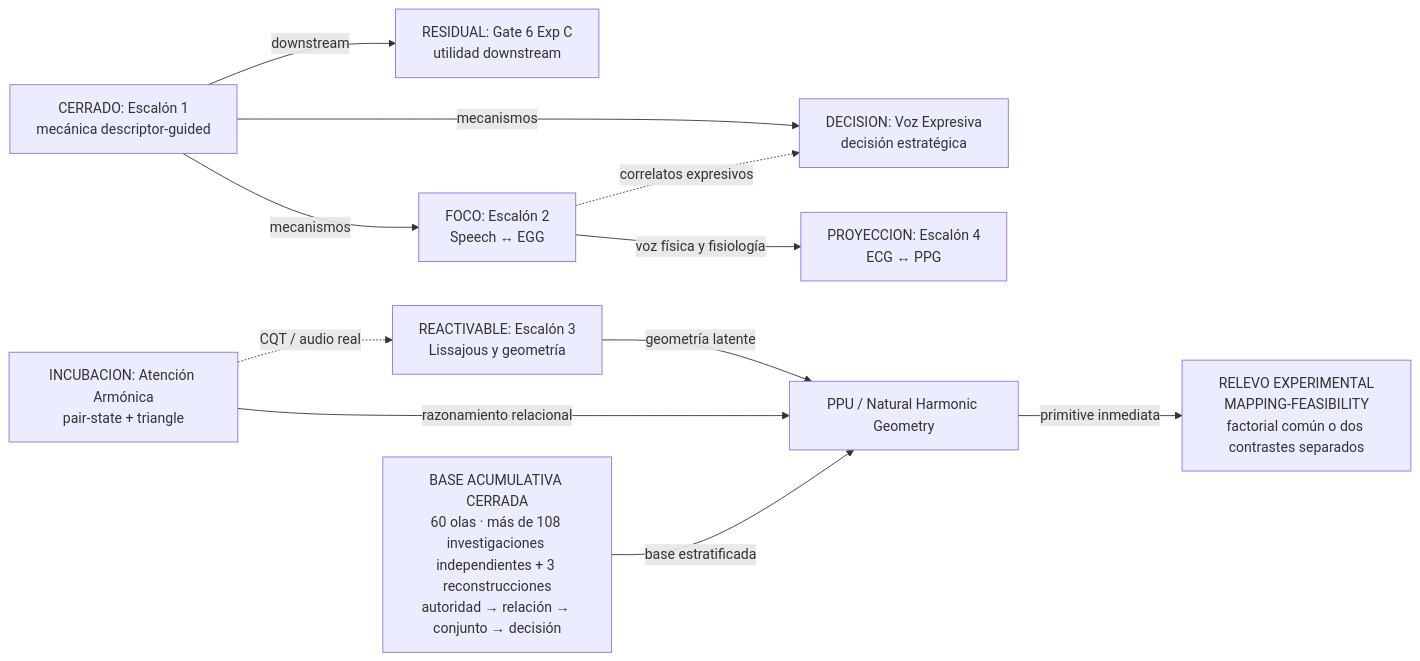
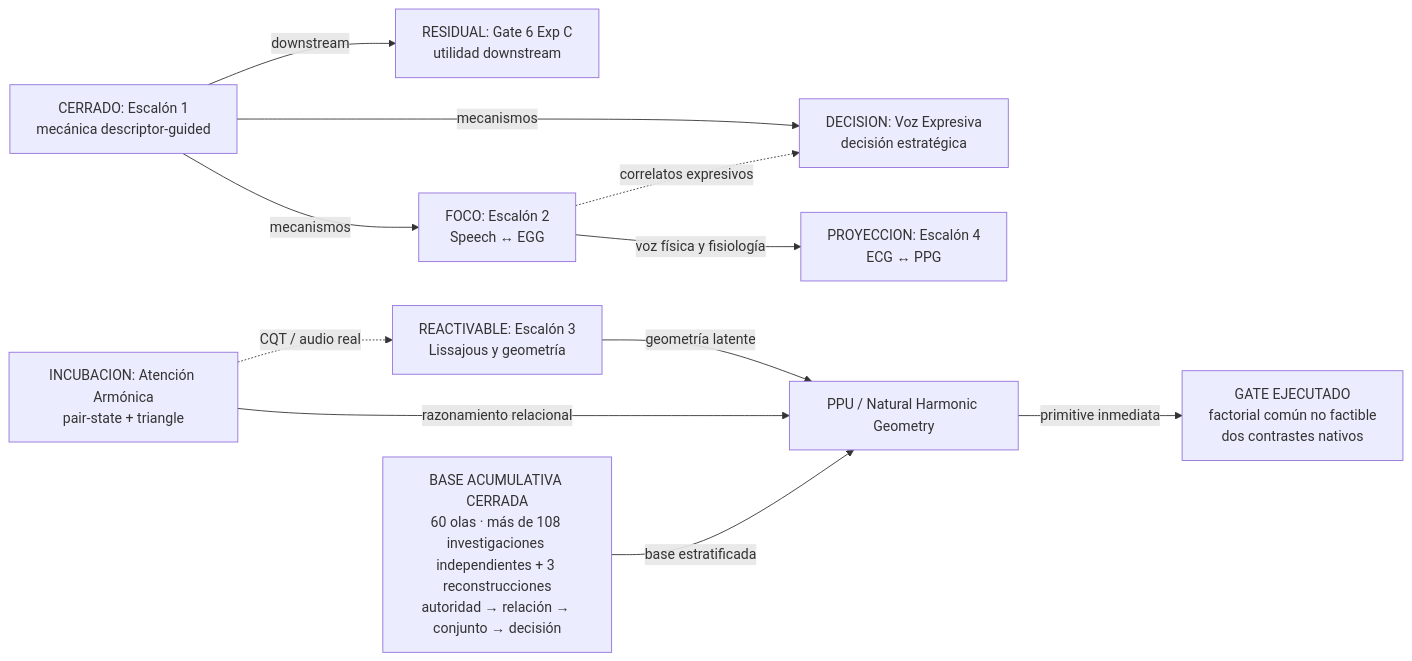
One commit to Mar-IA-no/Phideus changed the first of 2 diagrams in Documents/05_WIKI/MAPA_VISUAL_DEL_PROGRAMA.md. Above: the diagram before and after it, drawn with Mermaid. The commit also changed other lines of this file and 19 other files, not shown here.

````diff
--- a/Documents/05_WIKI/MAPA_VISUAL_DEL_PROGRAMA.md
+++ b/Documents/05_WIKI/MAPA_VISUAL_DEL_PROGRAMA.md
@@ -66,24 +69,24 @@
 ```mermaid
 flowchart LR
     E1["CERRADO: Escalón 1<br/>mecánica descriptor-guided"]
     G6["RESIDUAL: Gate 6 Exp C<br/>utilidad downstream"]
     E2["FOCO: Escalón 2<br/>Speech ↔ EGG"]
     VE["DECISION: Voz Expresiva<br/>decisión estratégica"]
     E3["REACTIVABLE: Escalón 3<br/>Lissajous y geometría"]
     AA["INCUBACION: Atención Armónica<br/>pair-state + triangle"]
     E4["PROYECCION: Escalón 4<br/>ECG ↔ PPG"]
     PPU["PPU / Natural Harmonic Geometry"]
     GT["BASE ACUMULATIVA CERRADA<br/>60 olas · más de 108 investigaciones independientes + 3 reconstrucciones<br/>autoridad → relación → conjunto → decisión"]
-    NCP["RELEVO EXPERIMENTAL<br/>MAPPING-FEASIBILITY<br/>factorial común o dos contrastes separados"]
+    NCP["GATE EJECUTADO<br/>factorial común no factible<br/>dos contrastes nativos"]
 
     E1 -->|mecanismos| E2
     E1 -->|mecanismos| VE
     E1 -->|downstream| G6
     E2 -->|voz física y fisiología| E4
     E2 -.->|correlatos expresivos| VE
     E3 -->|geometría latente| PPU
     AA -->|razonamiento relacional| PPU
     GT -->|base estratificada| PPU
     PPU -->|primitive inmediata| NCP
     AA -.->|CQT / audio real| E3
 ```
````
